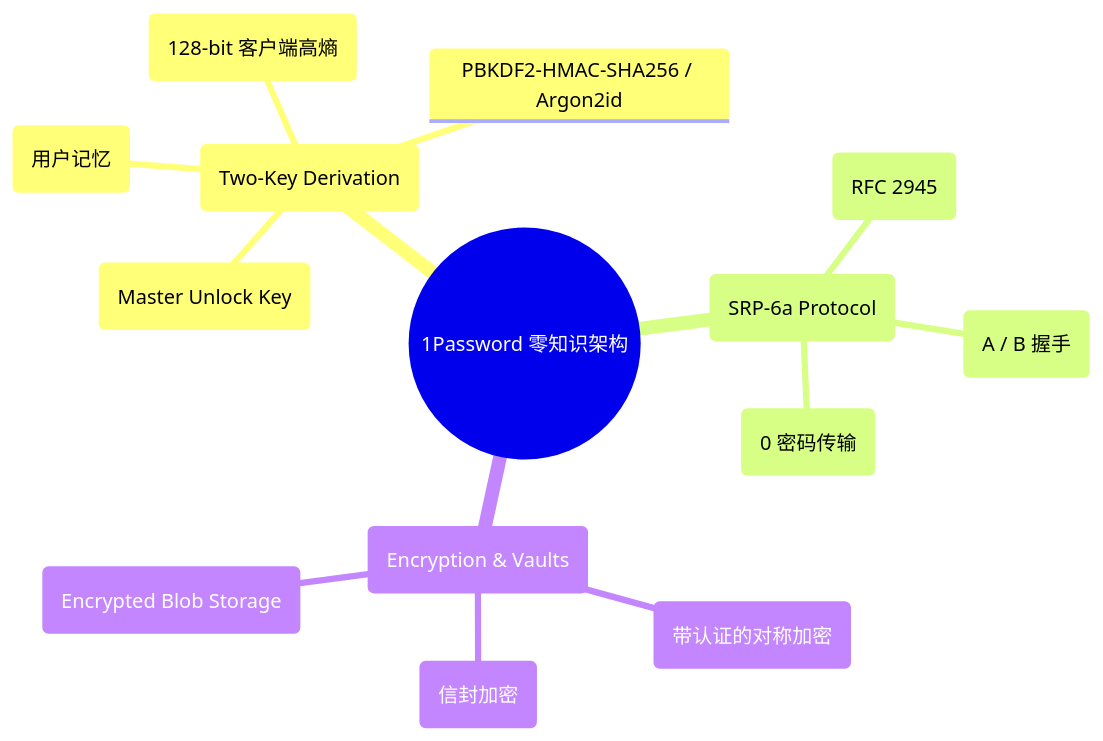
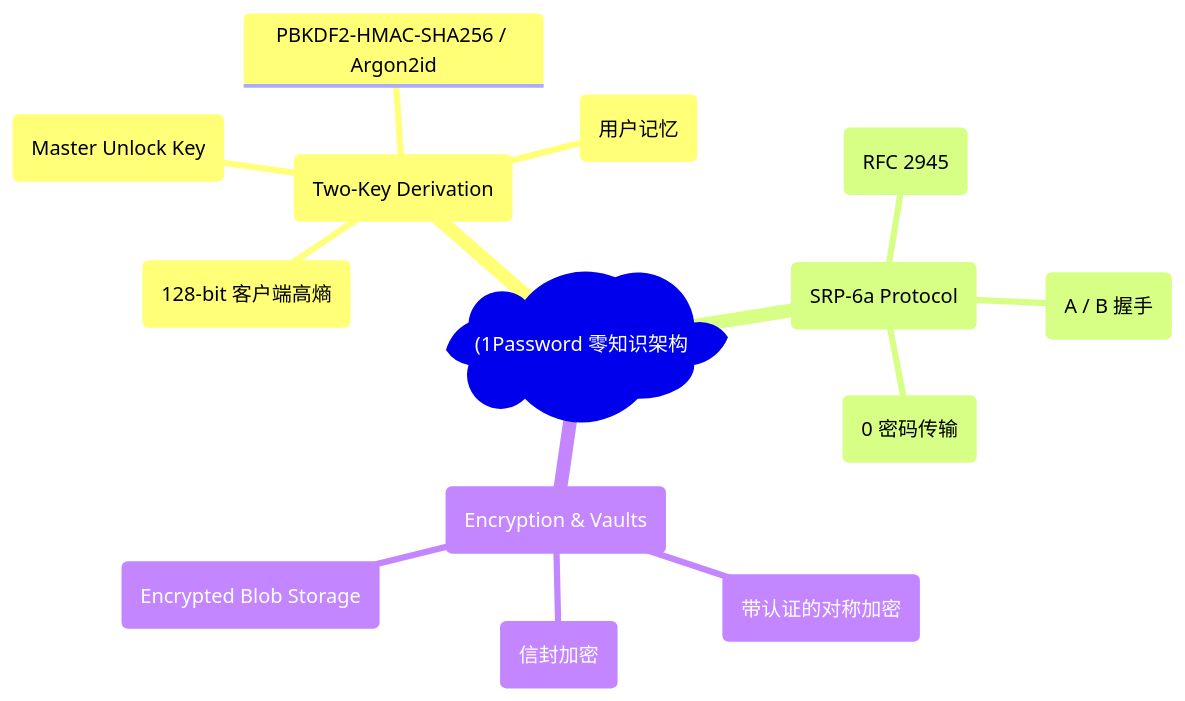
The second of 6 diagrams in docs/atlas/1password.mdx (koosai/AI-Architect-Learning), drawn with Mermaid before and after one commit. The commit also changed 187 other files, not shown here.

Commit message:
fix(mermaid): fix all unquoted parens and edge label syntax errors across all docs

````diff
--- a/docs/atlas/1password.mdx
+++ b/docs/atlas/1password.mdx
@@ -86,17 +86,17 @@
 ```mermaid
 mindmap
-  root((1Password 零知识架构))
+  root("(1Password 零知识架构"))
     双钥匙密钥派生 (Two-Key Derivation)
       Master Password (用户记忆)
       Secret Key (128-bit 客户端高熵)
       PBKDF2-HMAC-SHA256 / Argon2id
       MUK (Master Unlock Key)
     零知识网络认证 (SRP-6a Protocol)
       Secure Remote Password (RFC 2945)
       Ephemeral Public Keys (A / B 握手)
       0 Password Transmission (0 密码传输)
     加密与储存 (Encryption & Vaults)
       AES-256-GCM (带认证的对称加密)
       Vault Key Envelope Encryption (信封加密)
       OPVault / BSL (Encrypted Blob Storage)
 ```
````
